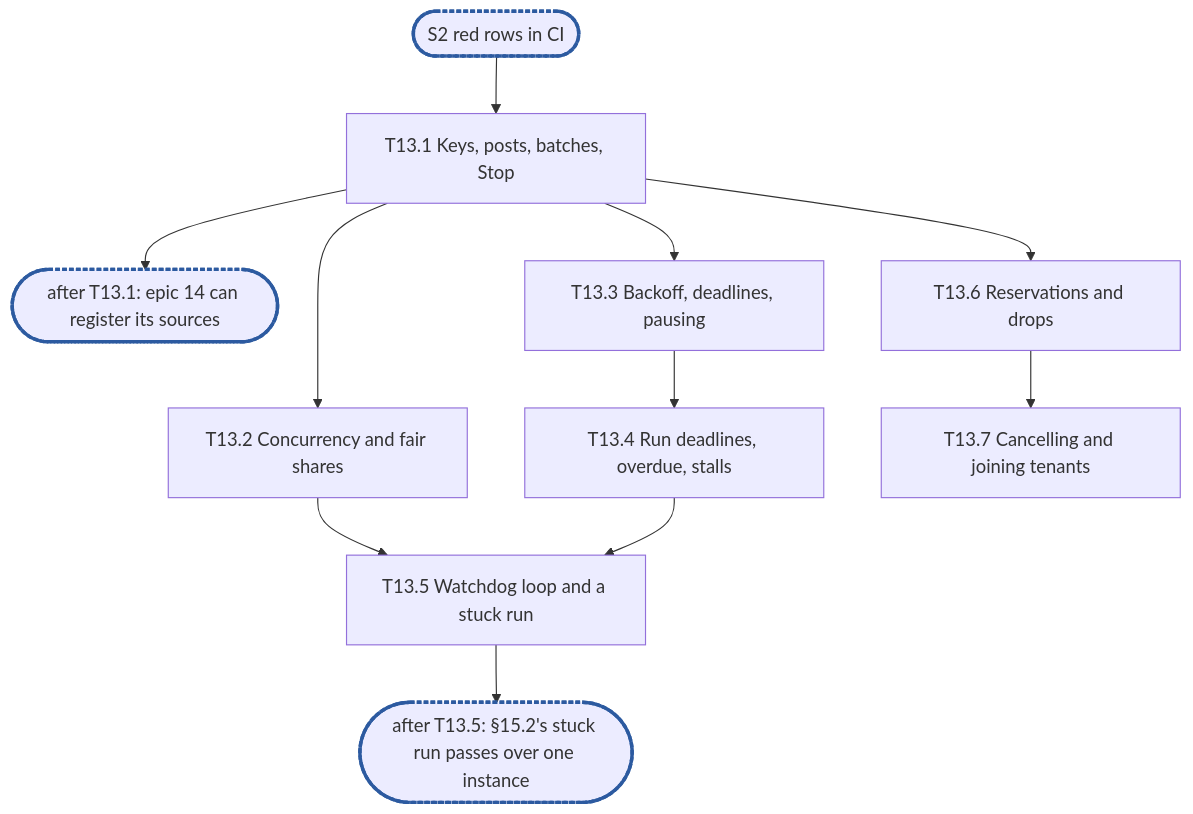
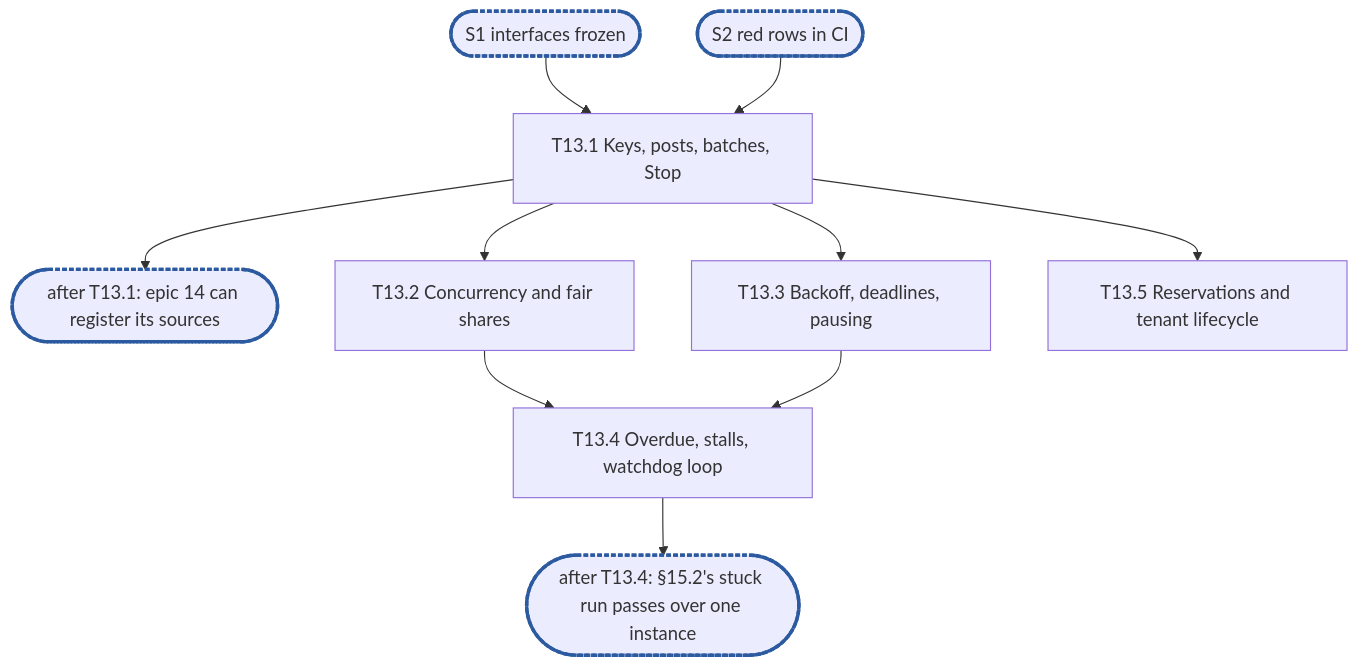
The diagram in .planning/rfc-8-offload-engine-epic13.md (cubbit/dittofs), drawn with Mermaid before and after one commit. The commit also changed other lines of this file and 1 other file, not shown here.

Commit message:
docs(planning): fold the review passes into RFC 8 offload epic 13

````diff
--- a/.planning/rfc-8-offload-engine-epic13.md
+++ b/.planning/rfc-8-offload-engine-epic13.md
@@ -531,11 +545,12 @@
 ```mermaid
 flowchart TD
+  S1(["S1 interfaces frozen"]):::sync --> T13_1
   S2(["S2 red rows in CI"]):::sync --> T13_1["T13.1 Keys, posts, batches, Stop"]
   T13_1 --> C1(["after T13.1: epic 14 can register its sources"]):::sync
   T13_1 --> T13_2["T13.2 Concurrency and fair shares"]
-  T13_1 --> T13_3["T13.3 Backoff, deadlines, pausing"] --> T13_4["T13.4 Run deadlines, overdue, stalls"]
-  T13_2 & T13_4 --> T13_5["T13.5 Watchdog loop and a stuck run"]
-  T13_5 --> C2(["after T13.5: §15.2's stuck run passes over one instance"]):::sync
-  T13_1 --> T13_6["T13.6 Reservations and drops"] --> T13_7["T13.7 Cancelling and joining tenants"]
+  T13_1 --> T13_3["T13.3 Backoff, deadlines, pausing"]
+  T13_2 & T13_3 --> T13_4["T13.4 Overdue, stalls, watchdog loop"]
+  T13_4 --> C2(["after T13.4: §15.2's stuck run passes over one instance"]):::sync
+  T13_1 --> T13_5["T13.5 Reservations and tenant lifecycle"]
   classDef sync stroke:#2c5aa0,stroke-width:3px,stroke-dasharray:4 2
 ```
````
